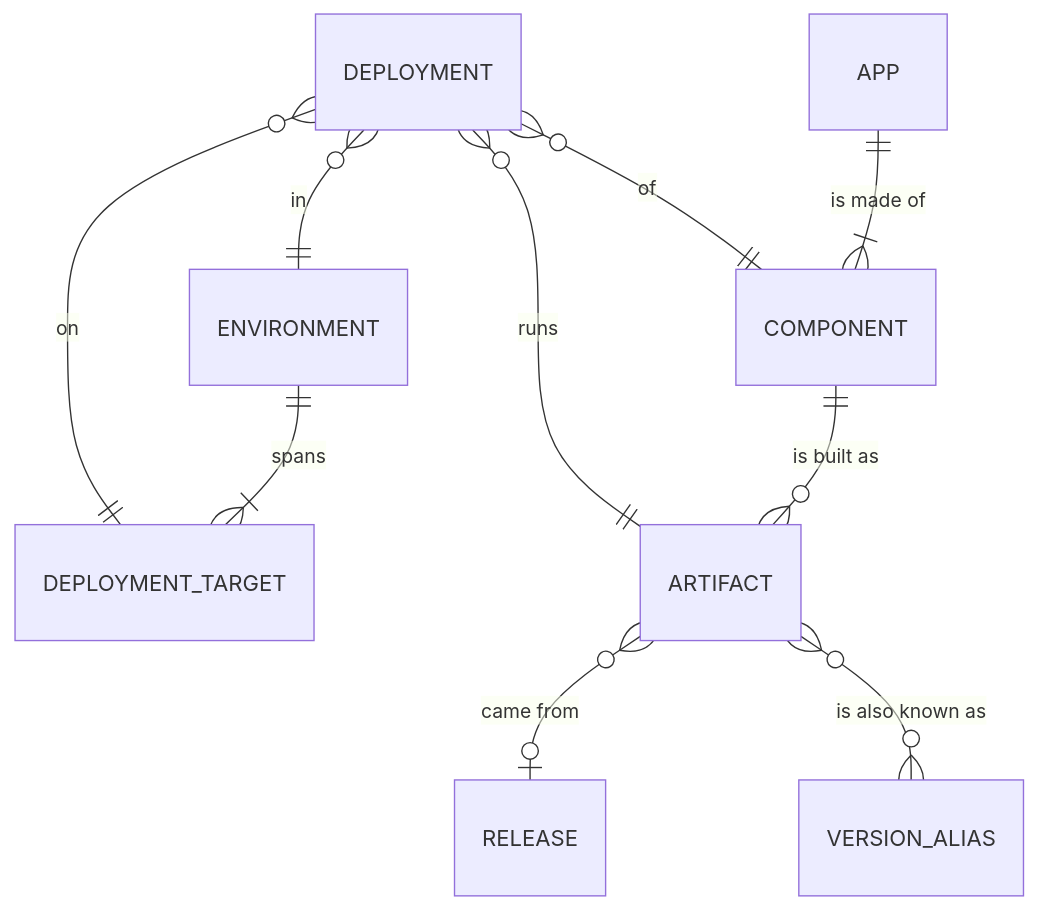
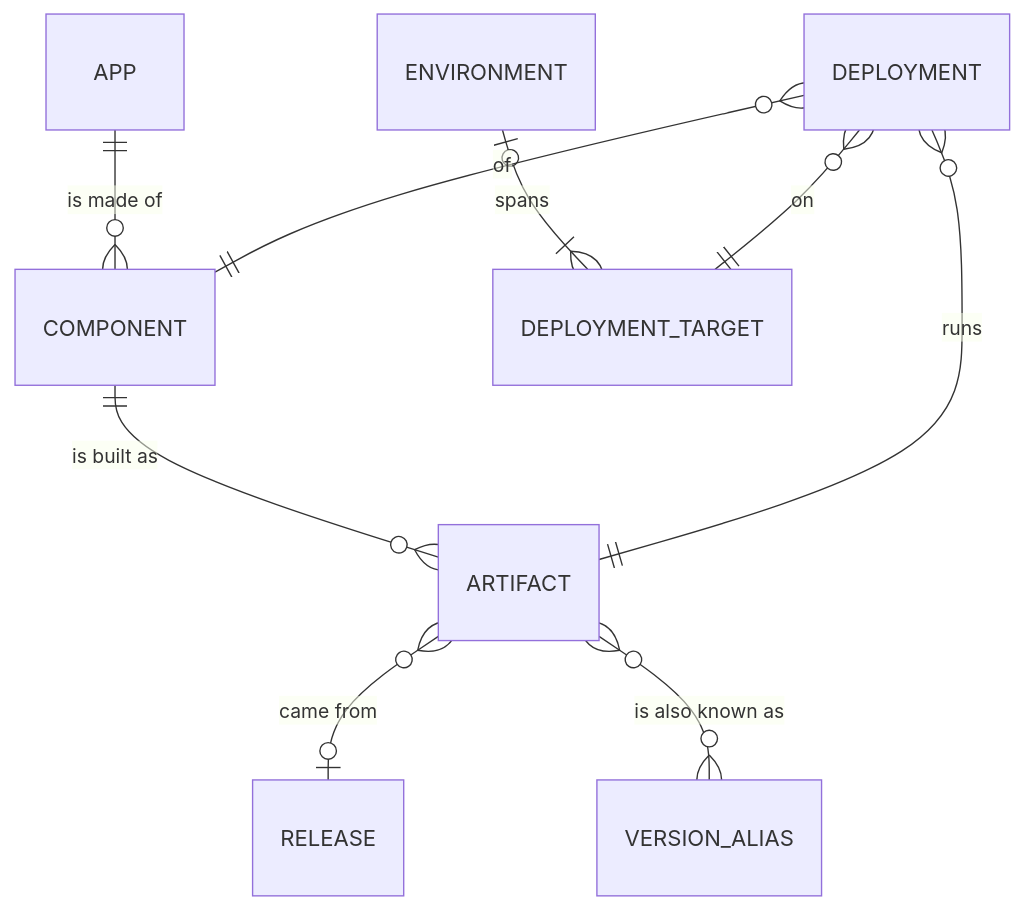
Before and after one commit to lislon/env-hopper: the diagram in CONTEXT.md, drawn with Mermaid. The commit also changed other lines of this file and 1 other file, not shown here.

First line of the commit message:
docs: one Deployment per Component per Deployment Target

````diff
--- a/CONTEXT.md
+++ b/CONTEXT.md
@@ -49,12 +49,11 @@
 ```mermaid
 erDiagram
-  APP ||--|{ COMPONENT : "is made of"
-  ENVIRONMENT ||--|{ DEPLOYMENT_TARGET : "spans"
+  APP ||--o{ COMPONENT : "is made of"
+  ENVIRONMENT |o--|{ DEPLOYMENT_TARGET : "spans"
   COMPONENT ||--o{ ARTIFACT : "is built as"
   ARTIFACT }o--o| RELEASE : "came from"
   ARTIFACT }o--o{ VERSION_ALIAS : "is also known as"
   DEPLOYMENT }o--|| COMPONENT : "of"
-  DEPLOYMENT }o--|| ENVIRONMENT : "in"
   DEPLOYMENT }o--|| DEPLOYMENT_TARGET : "on"
   DEPLOYMENT }o--|| ARTIFACT : "runs"
 ```
````
